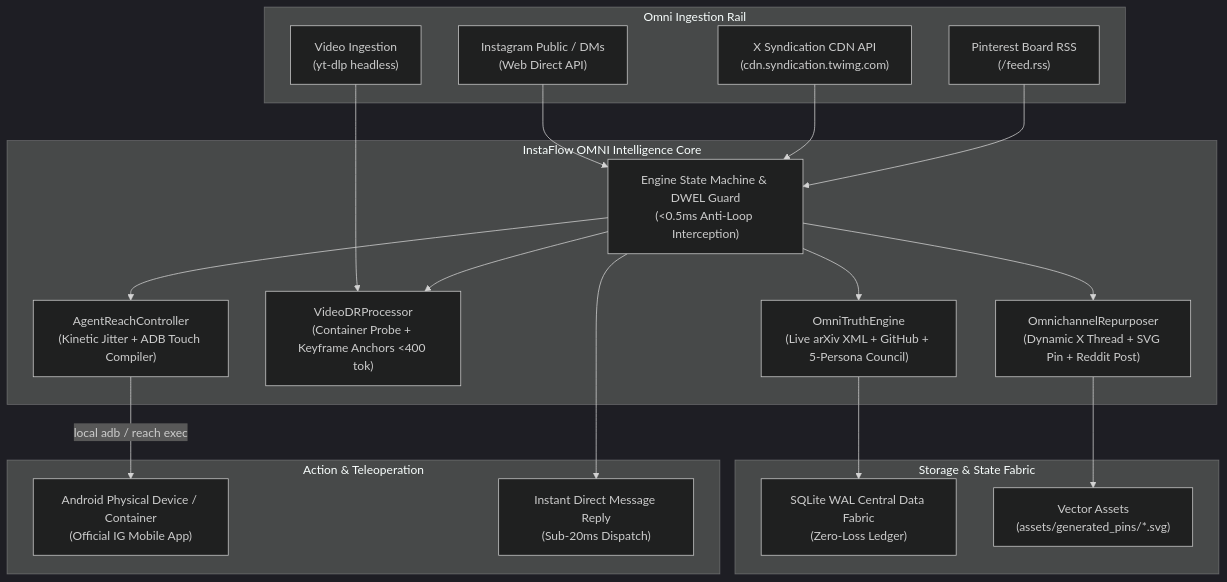
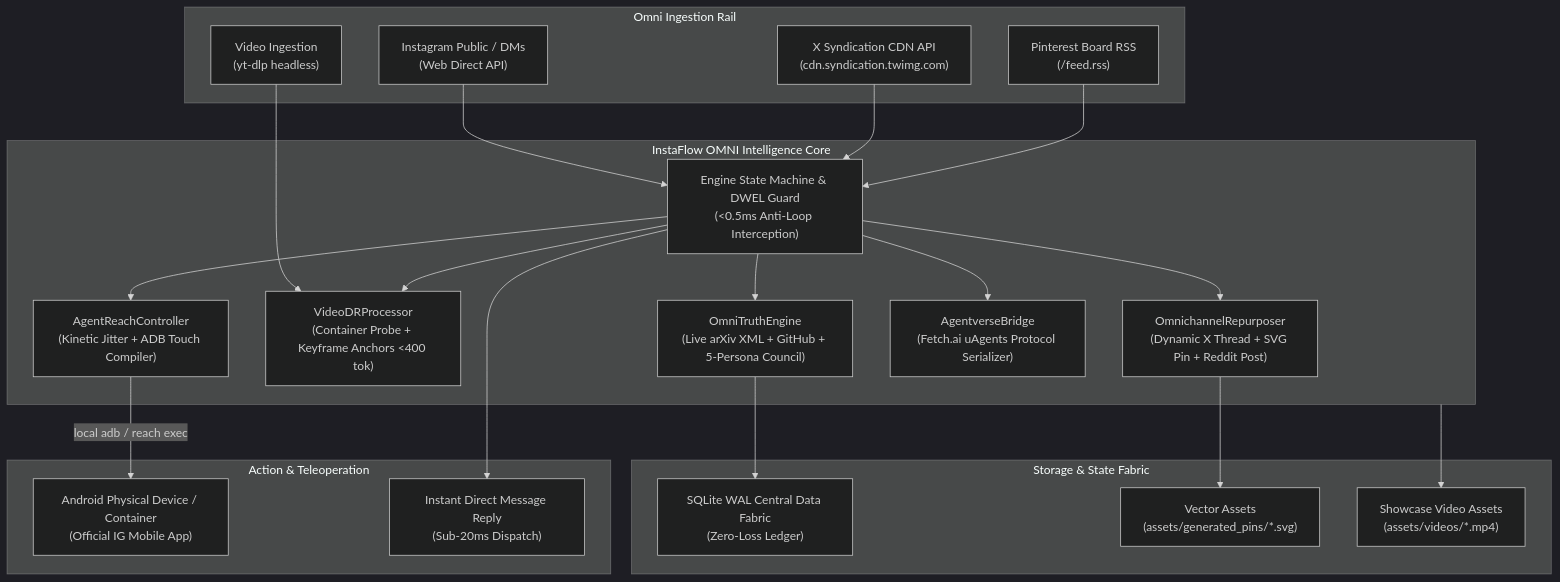
Before and after one commit to Jaswanth1902/InstaFlow: the diagram in README.md, drawn with Mermaid (dark theme). The commit also changed other lines of this file, not shown here.

Commit message:
docs: enrich README.md with comprehensive showcase video breakdowns and full OMNI architecture

````diff
--- a/README.md
+++ b/README.md
@@ -50,42 +119,46 @@
 ```mermaid
 flowchart TD
     subgraph IngestionRail["Omni Ingestion Rail"]
         IG["Instagram Public / DMs\n(Web Direct API)"]
         X_CDN["X Syndication CDN API\n(cdn.syndication.twimg.com)"]
         PIN_RSS["Pinterest Board RSS\n(/feed.rss)"]
         YT_DLP["Video Ingestion\n(yt-dlp headless)"]
     end
 
     subgraph OmniCore["InstaFlow OMNI Intelligence Core"]
         Router["Engine State Machine & DWEL Guard\n(<0.5ms Anti-Loop Interception)"]
         Truth["OmniTruthEngine\n(Live arXiv XML + GitHub + 5-Persona Council)"]
         VideoDR["VideoDRProcessor\n(Container Probe + Keyframe Anchors <400 tok)"]
         Repurposer["OmnichannelRepurposer\n(Dynamic X Thread + SVG Pin + Reddit Post)"]
         Teleop["AgentReachController\n(Kinetic Jitter + ADB Touch Compiler)"]
+        Bridge["AgentverseBridge\n(Fetch.ai uAgents Protocol Serializer)"]
     end
 
     subgraph DataStorage["Storage & State Fabric"]
         Blackboard["SQLite WAL Central Data Fabric\n(Zero-Loss Ledger)"]
         SVGs["Vector Assets\n(assets/generated_pins/*.svg)"]
+        Videos["Showcase Video Assets\n(assets/videos/*.mp4)"]
     end
 
     subgraph PhysicalExecution["Action & Teleoperation"]
         Emulator["Android Physical Device / Container\n(Official IG Mobile App)"]
         LiveDM["Instant Direct Message Reply\n(Sub-20ms Dispatch)"]
     end
 
     IG --> Router
     X_CDN --> Router
     PIN_RSS --> Router
     YT_DLP --> VideoDR
 
     Router --> Truth
     Router --> VideoDR
     Router --> Repurposer
     Router --> Teleop
+    Router --> Bridge
 
     Truth --> Blackboard
     Repurposer --> SVGs
+    OmniCore --> Videos
     Teleop -->|local adb / reach exec| Emulator
     Router --> LiveDM
 ```
````
